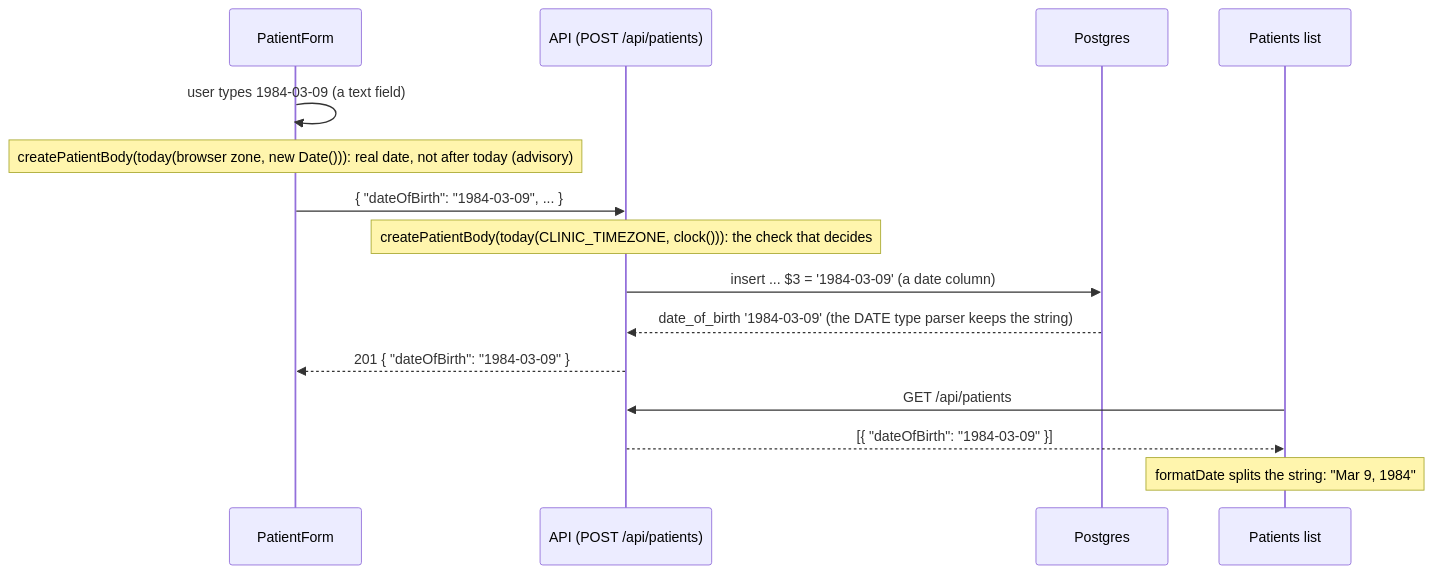
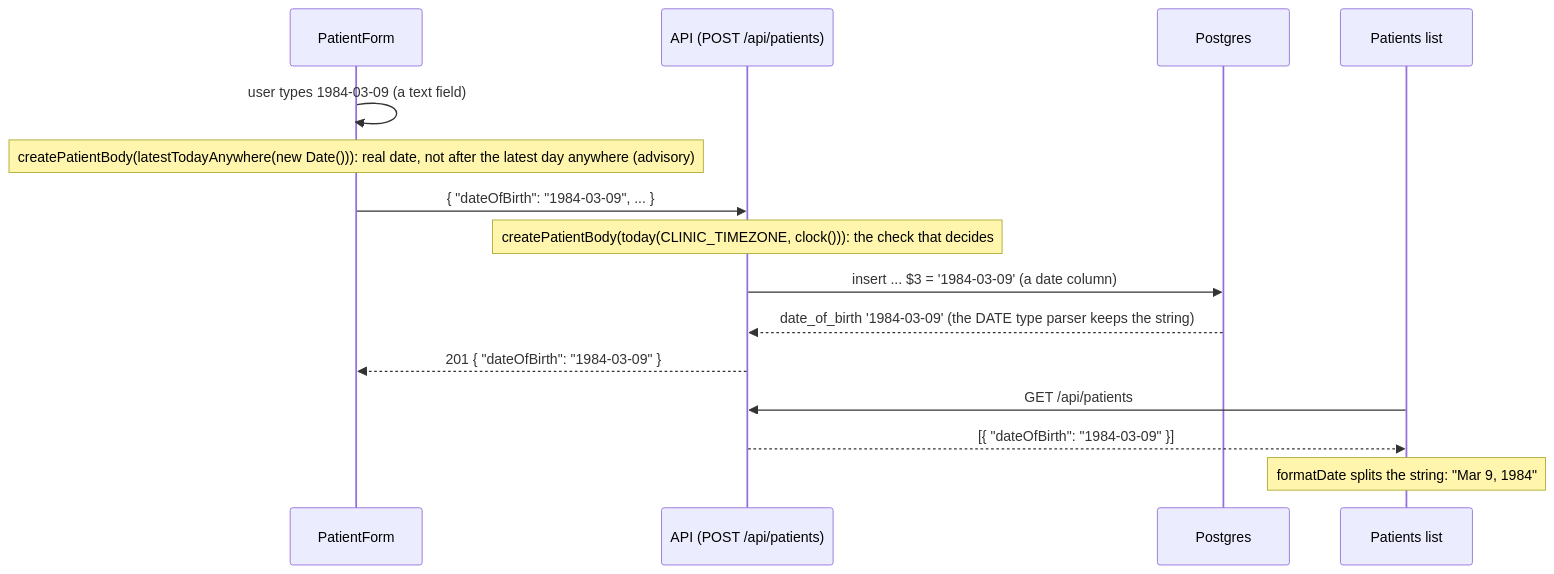
One commit to spencerolsen/eh-lab-orders-lite changed the second of 2 diagrams in docs/data-flow.md. Above: the diagram before and after it, drawn with Mermaid. The commit also changed other lines of this file and 4 other files, not shown here.

First line of the commit message:
Keep the browser's date of birth check from blocking the clinic's today

````diff
--- a/docs/data-flow.md
+++ b/docs/data-flow.md
@@ -48,18 +48,18 @@
 ```mermaid
 sequenceDiagram
   participant F as PatientForm
   participant A as API (POST /api/patients)
   participant D as Postgres
   participant L as Patients list
 
   F->>F: user types 1984-03-09 (a text field)
-  Note over F: createPatientBody(today(browser zone, new Date())): real date, not after today (advisory)
+  Note over F: createPatientBody(latestTodayAnywhere(new Date())): real date, not after the latest day anywhere (advisory)
   F->>A: { "dateOfBirth": "1984-03-09", ... }
   Note over A: createPatientBody(today(CLINIC_TIMEZONE, clock())): the check that decides
   A->>D: insert ... $3 = '1984-03-09' (a date column)
   D-->>A: date_of_birth '1984-03-09' (the DATE type parser keeps the string)
   A-->>F: 201 { "dateOfBirth": "1984-03-09" }
   L->>A: GET /api/patients
   A-->>L: [{ "dateOfBirth": "1984-03-09" }]
   Note over L: formatDate splits the string: "Mar 9, 1984"
 ```
````
